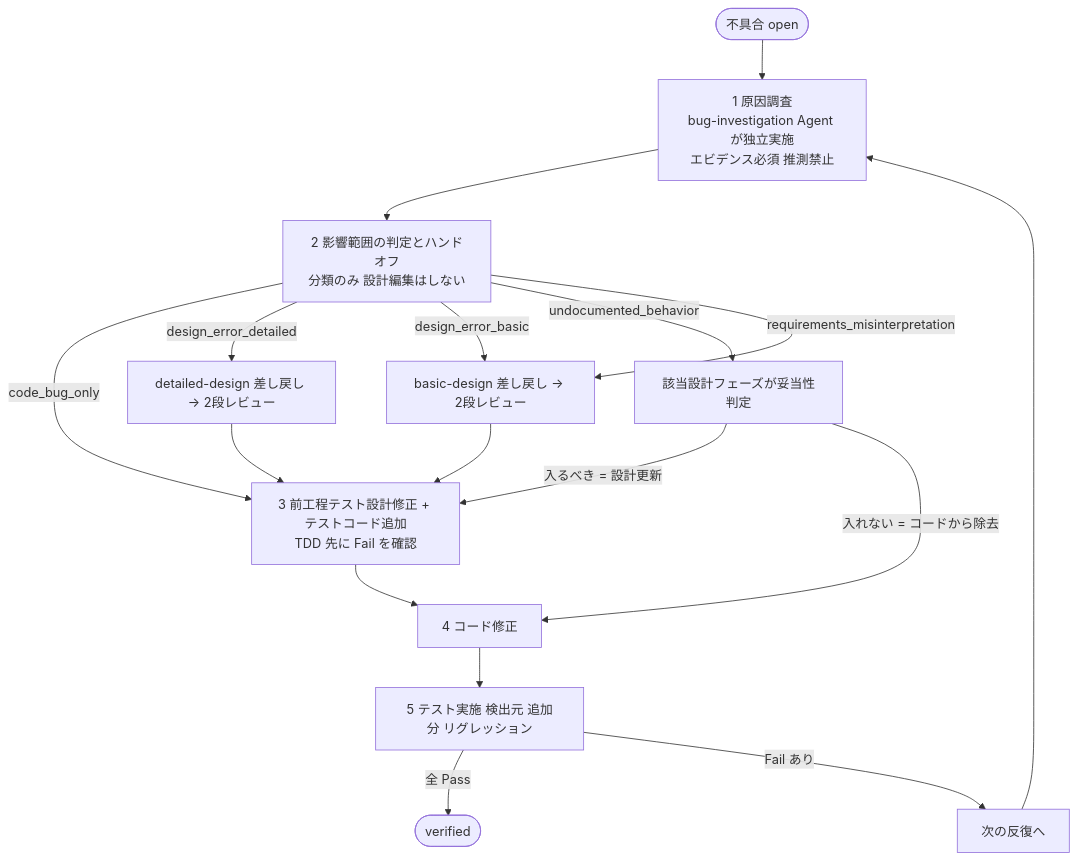
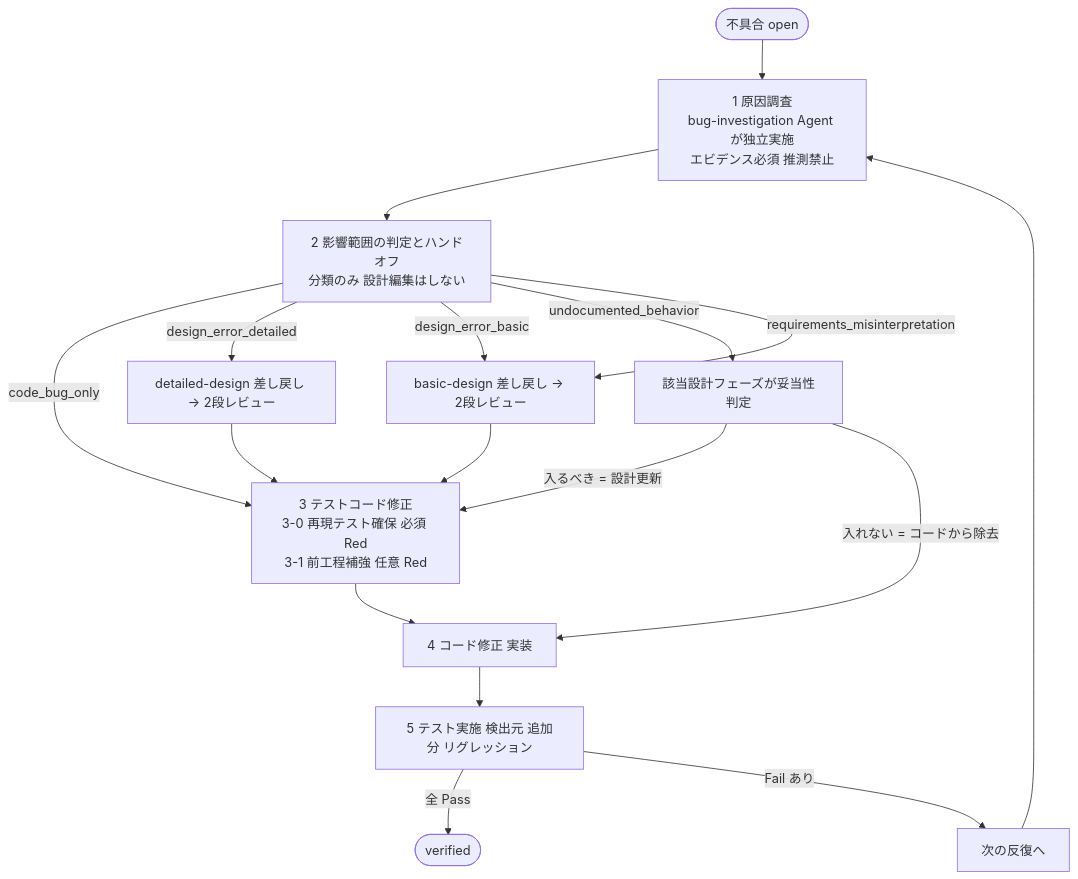
The diagram in agents/bug-fix/bug-fix.md (yamasuki-/software_dev_workflow), drawn with Mermaid before and after one commit. The commit also changed other lines of this file and 2 other files, not shown here.

Commit message:
bugfixでTDD(RED)を飛ばさないように修正

````diff
--- a/agents/bug-fix/bug-fix.md
+++ b/agents/bug-fix/bug-fix.md
@@ -31,21 +31,21 @@
 ```mermaid
 flowchart TD
     Start([不具合 open]) --> S1
     S1[1 原因調査<br/>bug-investigation Agent が独立実施<br/>エビデンス必須 推測禁止] --> S2
     S2[2 影響範囲の判定とハンドオフ<br/>分類のみ 設計編集はしない]
     S2 -->|code_bug_only| S3
     S2 -->|design_error_detailed| HOdetailed[detailed-design 差し戻し → 2段レビュー]
     S2 -->|design_error_basic| HObasic[basic-design 差し戻し → 2段レビュー]
     S2 -->|undocumented_behavior| HOcheck[該当設計フェーズが妥当性判定]
     S2 -->|requirements_misinterpretation| HObasic
     HOdetailed --> S3
     HObasic --> S3
     HOcheck -->|入るべき = 設計更新| S3
     HOcheck -->|入れない = コードから除去| S4
-    S3[3 前工程テスト設計修正 + テストコード追加<br/>TDD 先に Fail を確認] --> S4
-    S4[4 コード修正] --> S5
+    S3[3 テストコード修正<br/>3-0 再現テスト確保 必須 Red<br/>3-1 前工程補強 任意 Red] --> S4
+    S4[4 コード修正 実装] --> S5
     S5[5 テスト実施 検出元 追加分 リグレッション]
     S5 -->|全 Pass| Verified([verified])
     S5 -->|Fail あり| Loop[次の反復へ]
     Loop --> S1
 ```
````
